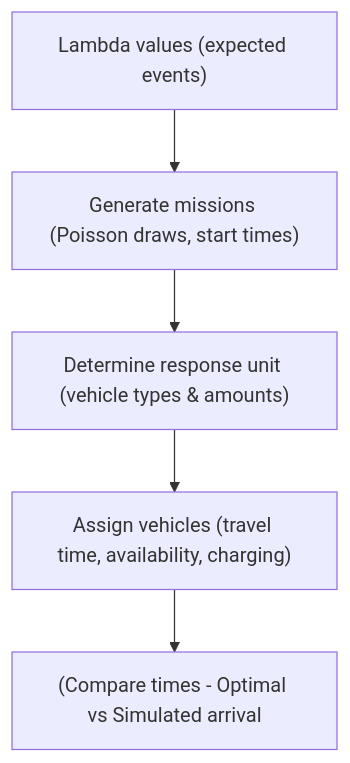
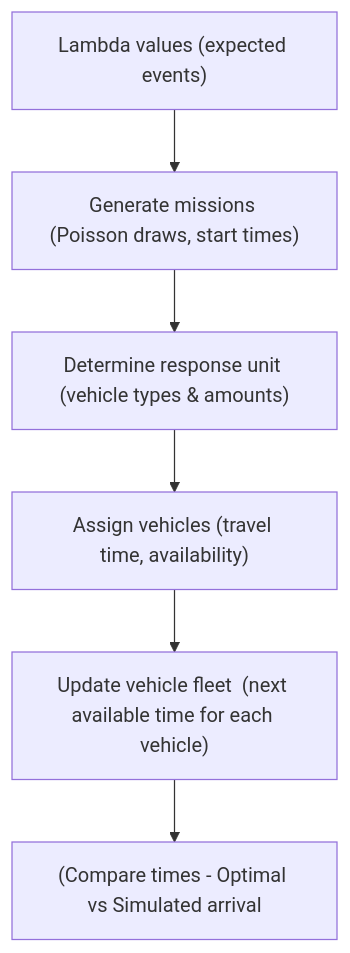
Before and after one commit to filipkristoferssonVTI/CERTAIN: the second of 2 diagrams in README.md, drawn with Mermaid. The commit also changed other lines of this file, not shown here.

````diff
--- a/README.md
+++ b/README.md
@@ -107,7 +100,8 @@
 ```mermaid
 graph TD
     L["Lambda values (expected events)"] --> M["Generate missions (Poisson draws, start times)"]
     M --> RU["Determine response unit (vehicle types & amounts)"]
-    RU --> AV["Assign vehicles (travel time, availability, charging)"]
+    RU --> UV["Assign vehicles (travel time, availability)"]
+    UV --> AV["Update vehicle fleet  (next available time for each vehicle)"]
     AV --> COMP["(Compare times - Optimal vs Simulated arrival"]
 ```
````
